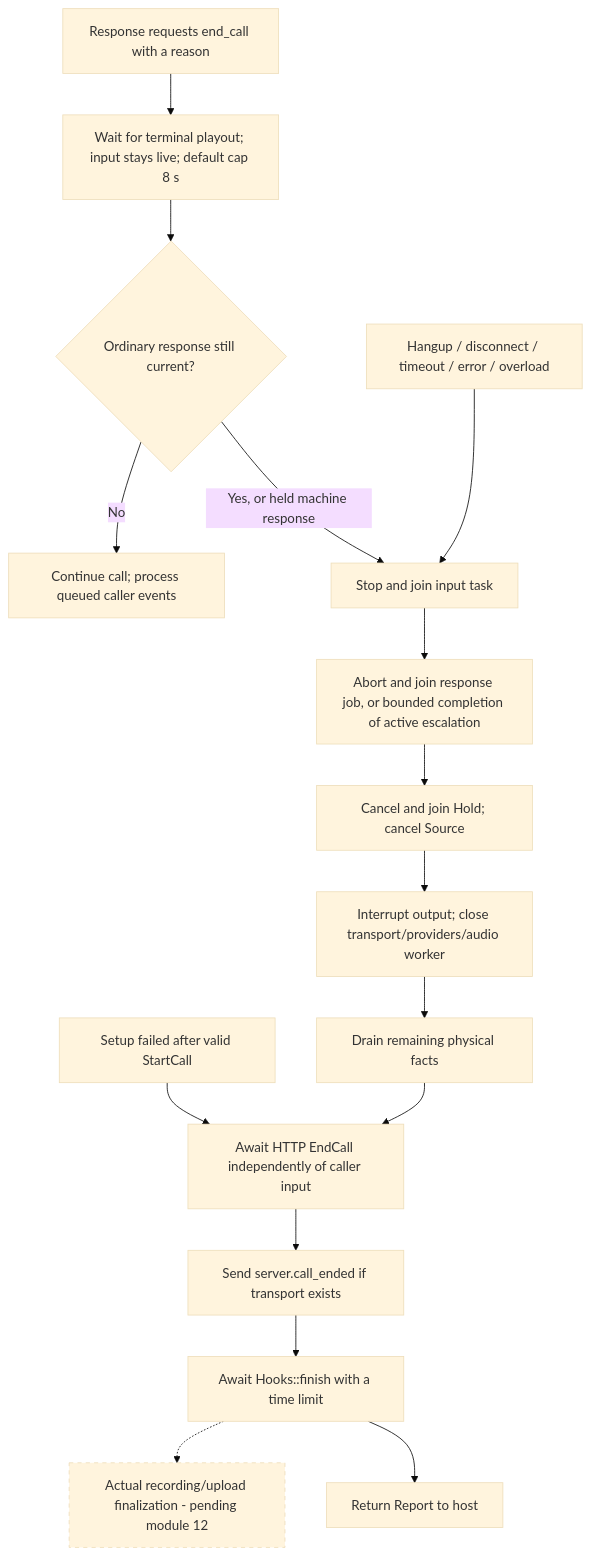
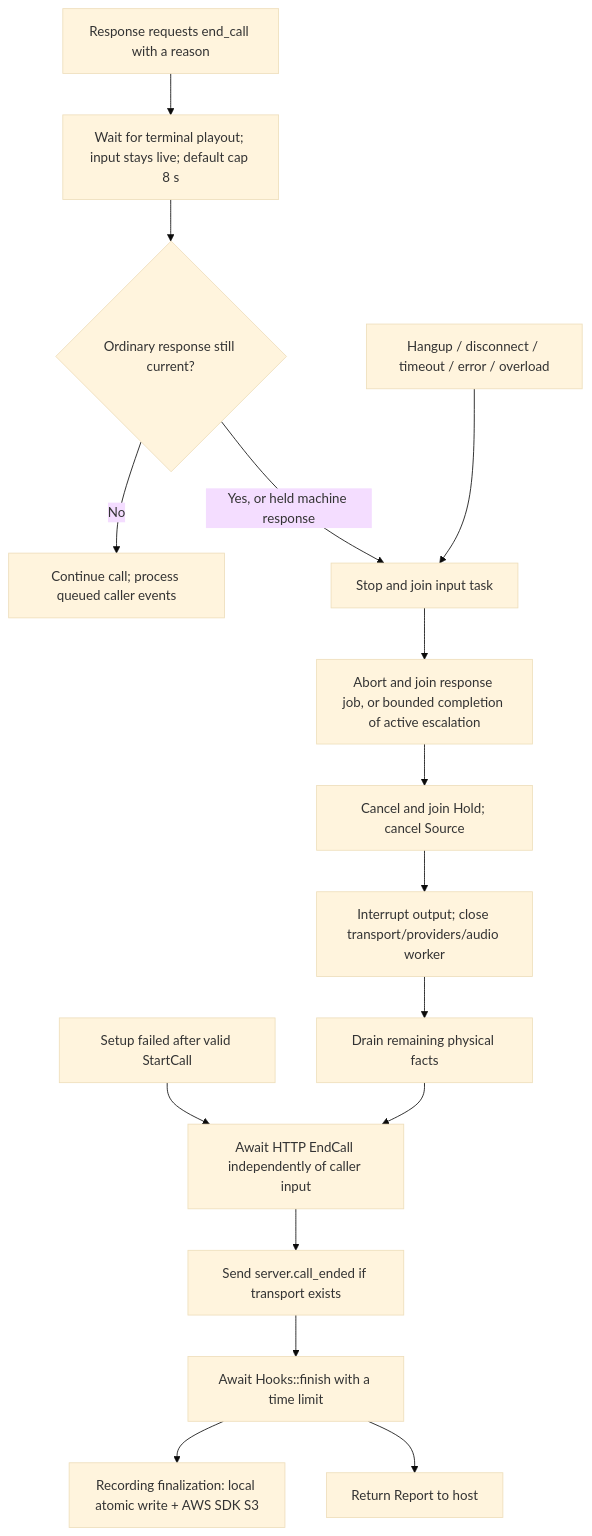
The fifth of 5 diagrams in crates/orchestration/CALL_FLOW.md (LendEasy/vogon-rust), drawn with Mermaid (base theme) before and after one commit. The commit also changed other lines of this file and 64 other files, not shown here.

````diff
--- a/crates/orchestration/CALL_FLOW.md
+++ b/crates/orchestration/CALL_FLOW.md
@@ -510,19 +508,18 @@
 ```mermaid
 flowchart TD
     Normal["Response requests end_call with a reason"] --> Heard["Wait for terminal playout; input stays live; default cap 8 s"]
     Heard --> Current{"Ordinary response still current?"}
     Current -->|No| Continue["Continue call; process queued caller events"]
     Current -->|Yes, or held machine response| Stop["Stop and join input task"]
     Failure["Hangup / disconnect / timeout / error / overload"] --> Stop
     Stop --> Job["Abort and join response job, or bounded completion of active escalation"]
     Job --> Hold["Cancel and join Hold; cancel Source"]
     Hold --> Close["Interrupt output; close transport/providers/audio worker"]
     Close --> Facts["Drain remaining physical facts"]
     InitFailure["Setup failed after valid StartCall"] --> EndCall["Await HTTP EndCall independently of caller input"]
     Facts --> EndCall
     EndCall --> Frame["Send server.call_ended if transport exists"]
     Frame --> Finish["Await Hooks::finish with a time limit"]
-    Finish -.-> Artifacts["Actual recording/upload finalization - pending module 12"]
+    Finish --> Artifacts["Recording finalization: local atomic write + AWS SDK S3"]
     Finish --> Report["Return Report to host"]
-    style Artifacts stroke-dasharray: 5 5
 ```
````
